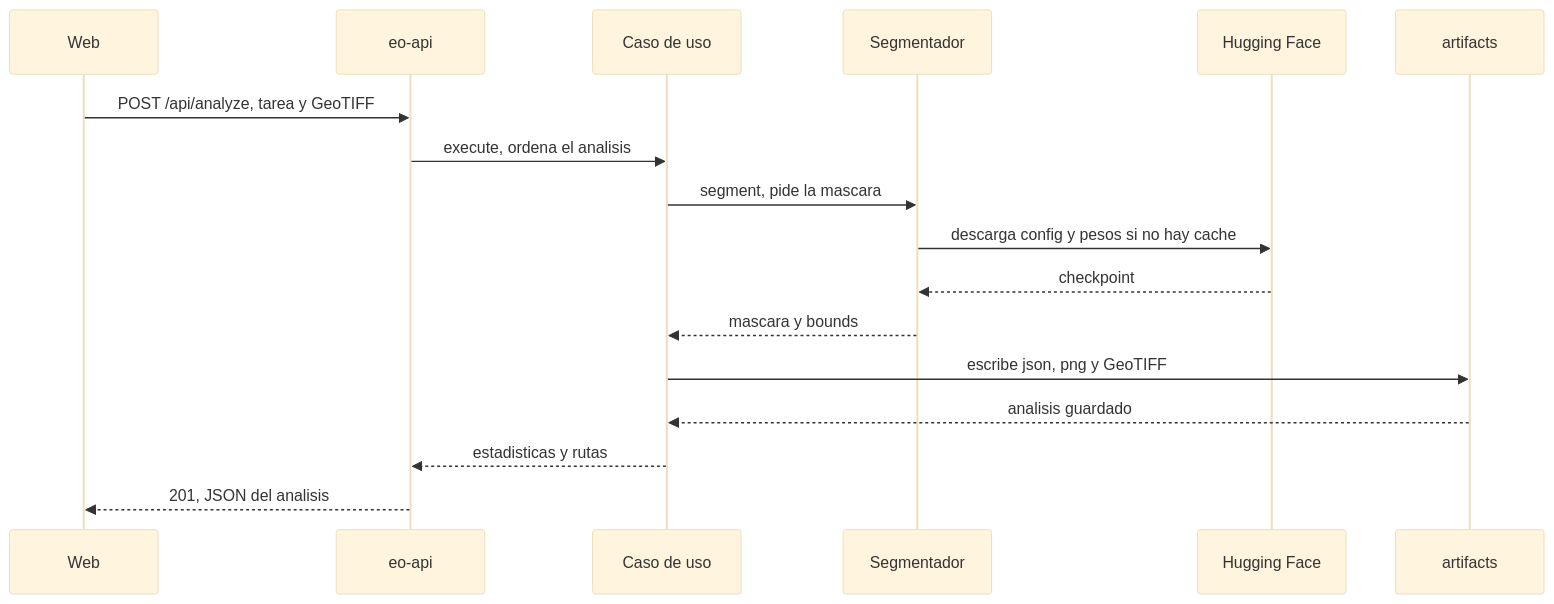
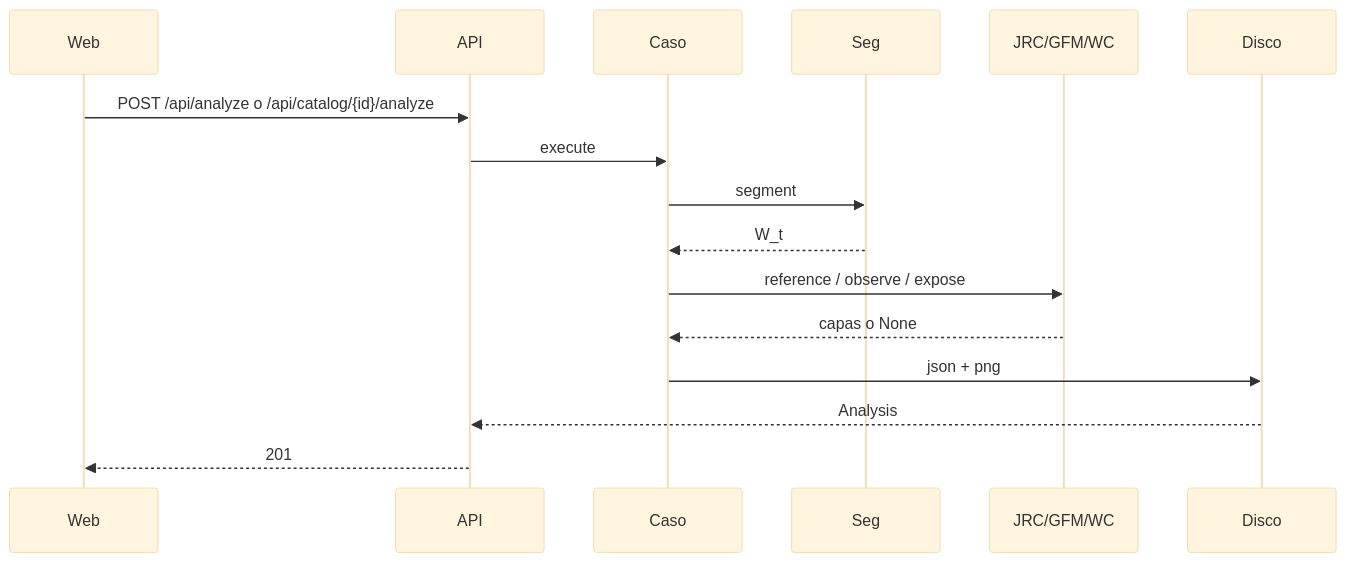
Before and after one commit to Charlsz/Tune: the second of 4 diagrams in docs/SegundoInforme.md, drawn with Mermaid (base theme). The commit also changed other lines of this file, not shown here.

````diff
--- a/docs/SegundoInforme.md
+++ b/docs/SegundoInforme.md
@@ -485,19 +276,18 @@
 ```mermaid
 sequenceDiagram
-  participant Web as Web
-  participant API as eo-api
-  participant Caso as Caso de uso
-  participant Seg as Segmentador
-  participant HF as Hugging Face
-  participant Disco as artifacts
-  Web->>API: POST /api/analyze, tarea y GeoTIFF
-  API->>Caso: execute, ordena el analisis
-  Caso->>Seg: segment, pide la mascara
-  Seg->>HF: descarga config y pesos si no hay cache
-  HF-->>Seg: checkpoint
-  Seg-->>Caso: mascara y bounds
-  Caso->>Disco: escribe json, png y GeoTIFF
-  Disco-->>Caso: analisis guardado
-  Caso-->>API: estadisticas y rutas
-  API-->>Web: 201, JSON del analisis
+  participant Web
+  participant API
+  participant Caso
+  participant Seg
+  participant Ext as JRC/GFM/WC
+  participant Disco
+  Web->>API: POST /api/analyze o /api/catalog/{id}/analyze
+  API->>Caso: execute
+  Caso->>Seg: segment
+  Seg-->>Caso: W_t
+  Caso->>Ext: reference / observe / expose
+  Ext-->>Caso: capas o None
+  Caso->>Disco: json + png
+  Disco-->>API: Analysis
+  API-->>Web: 201
 ```
````
